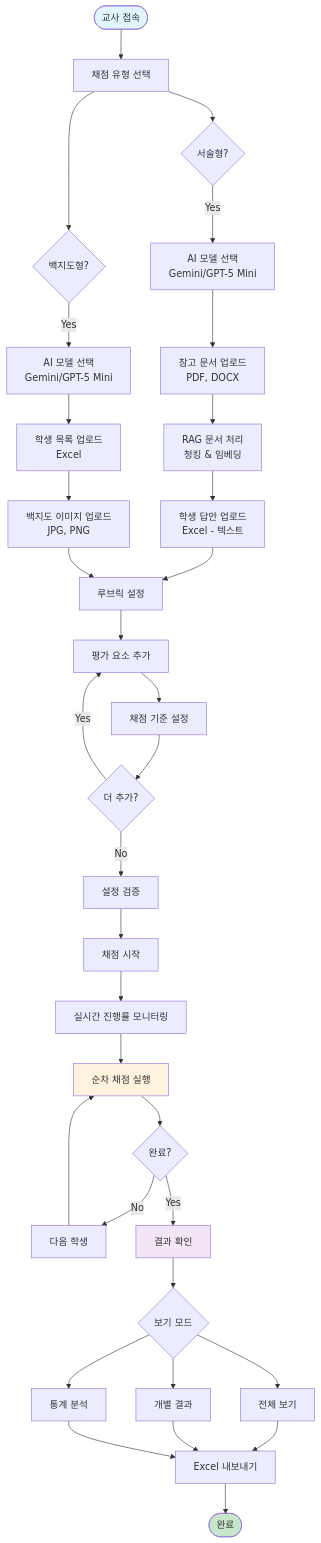
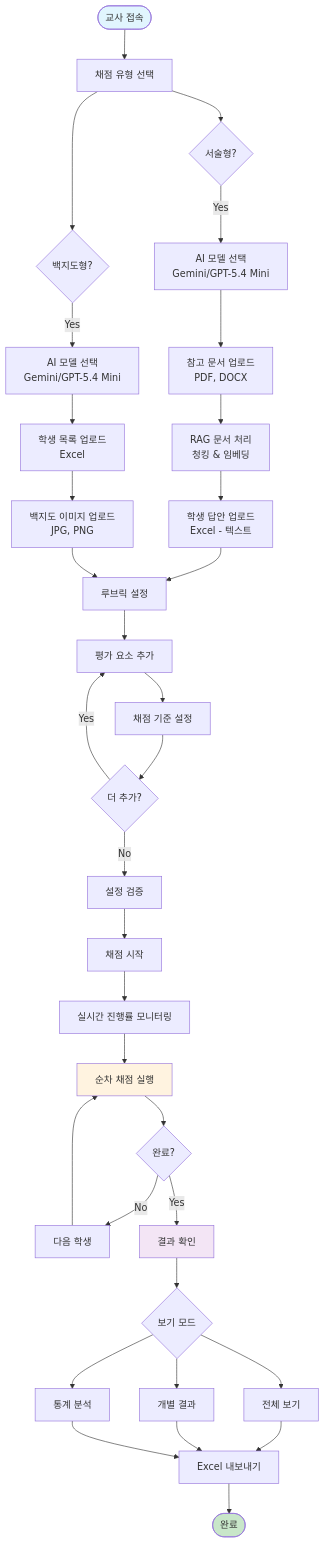
Before and after one commit to GEOeduHJ/goe_assess_web4: the second of 12 diagrams in references/architecture.md, drawn with Mermaid. The commit also changed other lines of this file and 9 other files, not shown here.

Commit message:
gemini/gpt up-to-date

````diff
--- a/references/architecture.md
+++ b/references/architecture.md
@@ -96,53 +96,53 @@
 ```mermaid
 flowchart TD
     START([교사 접속]) --> SELECT[채점 유형 선택]
     
     SELECT --> DESC{서술형?}
     SELECT --> MAP{백지도형?}
     
-    DESC -->|Yes| MODEL_D[AI 모델 선택<br/>Gemini/GPT-5 Mini]
-    MAP -->|Yes| MODEL_M[AI 모델 선택<br/>Gemini/GPT-5 Mini]
+    DESC -->|Yes| MODEL_D[AI 모델 선택<br/>Gemini/GPT-5.4 Mini]
+    MAP -->|Yes| MODEL_M[AI 모델 선택<br/>Gemini/GPT-5.4 Mini]
     
     MODEL_D --> REF_UPLOAD[참고 문서 업로드<br/>PDF, DOCX]
     MODEL_M --> STUDENT_LIST[학생 목록 업로드<br/>Excel]
     
     REF_UPLOAD --> RAG_PROC[RAG 문서 처리<br/>청킹 & 임베딩]
     RAG_PROC --> STUDENT_ANS_D[학생 답안 업로드<br/>Excel - 텍스트]
     
     STUDENT_LIST --> IMAGE_UPLOAD[백지도 이미지 업로드<br/>JPG, PNG]
     
     STUDENT_ANS_D --> RUBRIC[루브릭 설정]
     IMAGE_UPLOAD --> RUBRIC
     
     RUBRIC --> ADD_ELEMENT[평가 요소 추가]
     ADD_ELEMENT --> ADD_CRITERIA[채점 기준 설정]
     ADD_CRITERIA --> MORE{더 추가?}
     MORE -->|Yes| ADD_ELEMENT
     MORE -->|No| VALIDATE[설정 검증]
     
     VALIDATE --> START_GRADING[채점 시작]
     START_GRADING --> PROGRESS[실시간 진행률 모니터링]
     
     PROGRESS --> GRADING_LOOP[순차 채점 실행]
     GRADING_LOOP --> STUDENT_DONE{완료?}
     STUDENT_DONE -->|No| NEXT_STUDENT[다음 학생]
     NEXT_STUDENT --> GRADING_LOOP
     
     STUDENT_DONE -->|Yes| RESULTS[결과 확인]
     
     RESULTS --> VIEW_MODE{보기 모드}
     VIEW_MODE --> OVERVIEW[전체 보기]
     VIEW_MODE --> INDIVIDUAL[개별 결과]
     VIEW_MODE --> ANALYTICS[통계 분석]
     
     OVERVIEW --> EXPORT[Excel 내보내기]
     INDIVIDUAL --> EXPORT
     ANALYTICS --> EXPORT
     
     EXPORT --> END([완료])
     
     style START fill:#e1f5fe
     style END fill:#c8e6c9
     style GRADING_LOOP fill:#fff3e0
     style RESULTS fill:#f3e5f5
 ```
````
